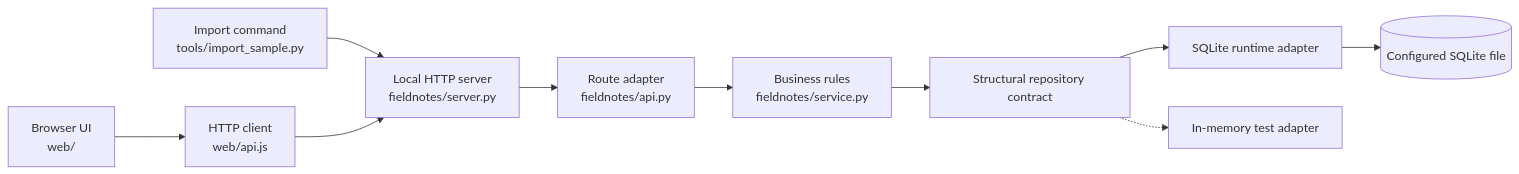
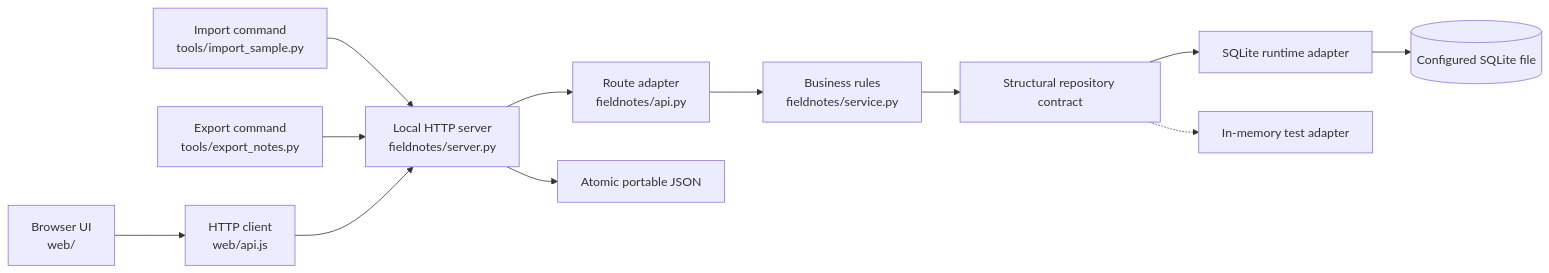
Before and after one commit to naomijnguyen/doctor-repo-repair: the first of 4 diagrams in docs/ARCHITECTURE.md, drawn with Mermaid. The commit also changed other lines of this file and 12 other files, not shown here.

````diff
--- a/docs/ARCHITECTURE.md
+++ b/docs/ARCHITECTURE.md
@@ -10,12 +10,14 @@
 ```mermaid
 flowchart LR
     Browser["Browser UI<br/>web/"] --> Client["HTTP client<br/>web/api.js"]
     Import["Import command<br/>tools/import_sample.py"] --> HTTP
+    Export["Export command<br/>tools/export_notes.py"] --> HTTP
     Client --> HTTP["Local HTTP server<br/>fieldnotes/server.py"]
     HTTP --> API["Route adapter<br/>fieldnotes/api.py"]
     API --> Service["Business rules<br/>fieldnotes/service.py"]
     Service --> Contract["Structural repository contract"]
     Contract --> SQLite["SQLite runtime adapter"]
     Contract -.-> Memory["In-memory test adapter"]
     SQLite --> Database[("Configured SQLite file")]
+    HTTP --> ExportFile["Atomic portable JSON"]
 ```
````
